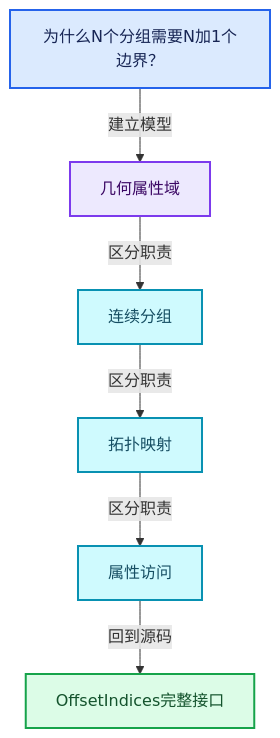
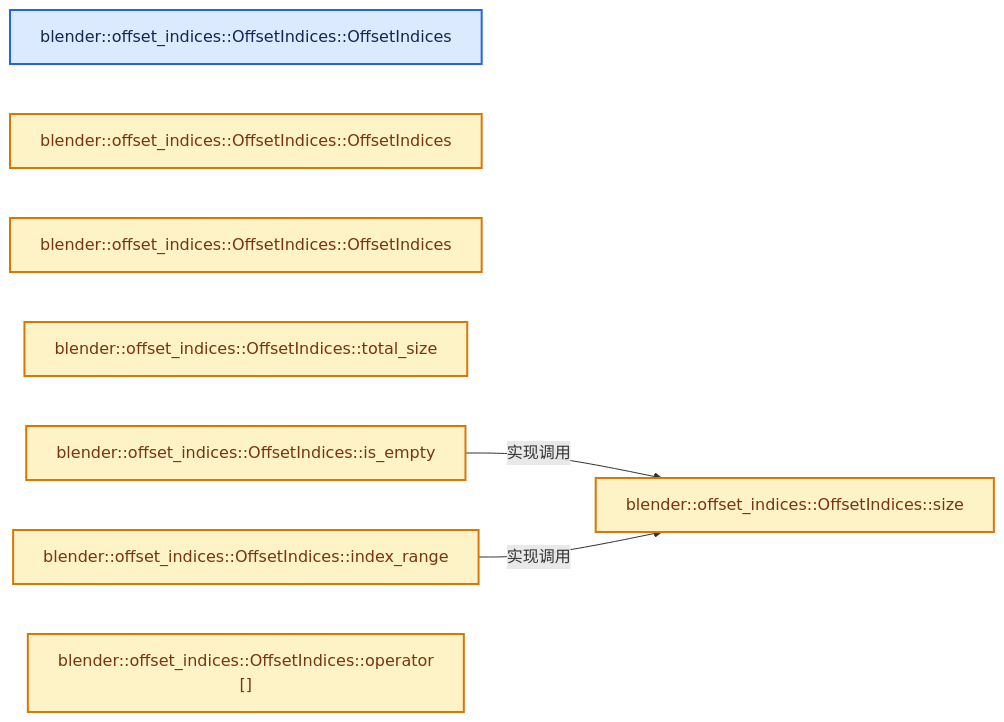
The second of 4 diagrams in 杂/markdown/全面学习-codex/05-几何存储与拓扑映射/02-OffsetIndices完整接口.md (yunkezengren/blender-.vscode), drawn with Mermaid before and after one commit. The commit also changed other lines of this file and 1930 other files, not shown here.

````diff
--- a/杂/markdown/全面学习-codex/05-几何存储与拓扑映射/02-OffsetIndices完整接口.md
+++ b/杂/markdown/全面学习-codex/05-几何存储与拓扑映射/02-OffsetIndices完整接口.md
@@ -60,20 +46,19 @@
 ```mermaid
-flowchart TB
-  Q["为什么N个分组需要N加1个边界？"]:::input
-  C0["几何属性域"]:::abstraction
-  C1["连续分组"]:::data
-  C2["拓扑映射"]:::data
-  C3["属性访问"]:::data
-  R["OffsetIndices完整接口"]:::result
-  Q -->|"建立模型"| C0
-  C0 -->|"区分职责"| C1
-  C1 -->|"区分职责"| C2
-  C2 -->|"区分职责"| C3
-  C3 -->|"回到源码"| R
+flowchart LR
+  F0["blender::offset_indices::OffsetIndices::OffsetIndices"]:::input
+  F1["blender::offset_indices::OffsetIndices::OffsetIndices"]:::compute
+  F2["blender::offset_indices::OffsetIndices::OffsetIndices"]:::compute
+  F3["blender::offset_indices::OffsetIndices::total_size"]:::compute
+  F4["blender::offset_indices::OffsetIndices::size"]:::compute
+  F5["blender::offset_indices::OffsetIndices::is_empty"]:::compute
+  F6["blender::offset_indices::OffsetIndices::index_range"]:::compute
+  F7["blender::offset_indices::OffsetIndices::operator<br/>[]"]:::compute
+  F5 -->|"实现调用"| F4
+  F6 -->|"实现调用"| F4
   classDef input fill:#DBEAFE,stroke:#2563EB,color:#172554,stroke-width:2px;
   classDef data fill:#CFFAFE,stroke:#0891B2,color:#164E63,stroke-width:2px;
   classDef abstraction fill:#EDE9FE,stroke:#7C3AED,color:#3B0764,stroke-width:2px;
   classDef compute fill:#FEF3C7,stroke:#D97706,color:#78350F,stroke-width:2px;
   classDef result fill:#DCFCE7,stroke:#16A34A,color:#14532D,stroke-width:2px;
   classDef error fill:#FEE2E2,stroke:#DC2626,color:#7F1D1D,stroke-width:2px;
 ```
````
